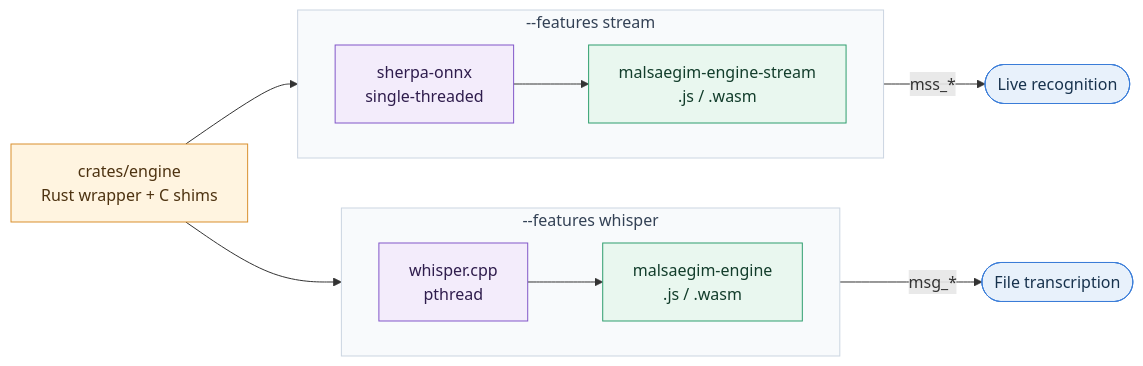
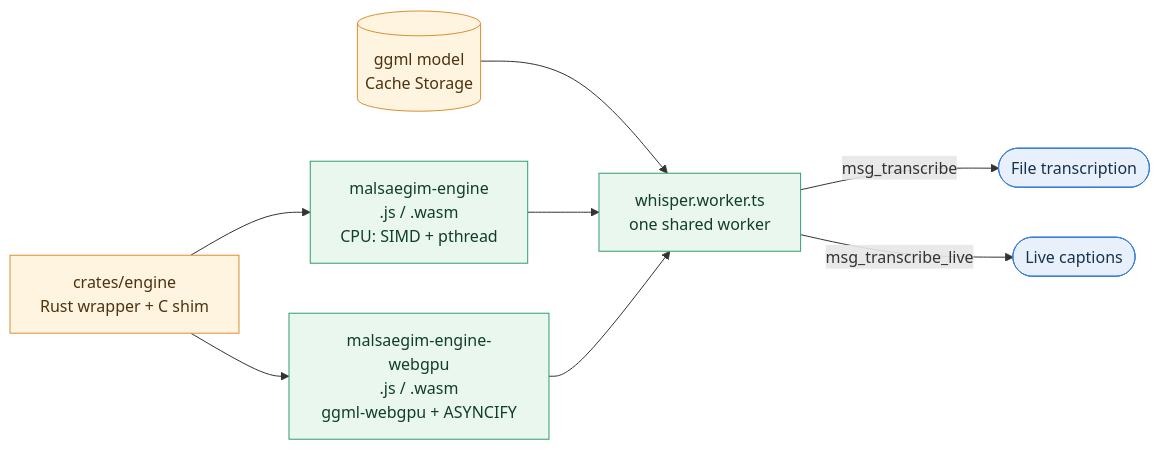
One commit to scorpion1201/malsaegim changed the diagram in docs/ENGINE.md. Above: the diagram before and after it, drawn with Mermaid. The commit also changed other lines of this file and 3 other files, not shown here.

First line of the commit message:
docs(engine): document Whisper turbo on-device engine

````diff
--- a/docs/ENGINE.md
+++ b/docs/ENGINE.md
@@ -9,30 +9,18 @@
 ```mermaid
 flowchart LR
-    Crate["crates/engine<br/>Rust wrapper + C shims"]
-
-    subgraph Whisper["--features whisper"]
-        direction LR
-        WhisperCpp["whisper.cpp<br/>pthread"] --> WhisperWasm["malsaegim-engine<br/>.js / .wasm"]
-    end
-
-    subgraph Stream["--features stream"]
-        direction LR
-        Sherpa["sherpa-onnx<br/>single-threaded"] --> StreamWasm["malsaegim-engine-stream<br/>.js / .wasm"]
-    end
-
-    Crate --> WhisperCpp
-    Crate --> Sherpa
-    WhisperWasm -- "msg_*" --> File(["File transcription"])
-    StreamWasm -- "mss_*" --> Live(["Live recognition"])
+    Crate["crates/engine<br/>Rust wrapper + C shim"]
+    Crate --> Cpu["malsaegim-engine<br/>.js / .wasm<br/>CPU: SIMD + pthread"]
+    Crate --> Gpu["malsaegim-engine-webgpu<br/>.js / .wasm<br/>ggml-webgpu + ASYNCIFY"]
+    Model[("ggml model<br/>Cache Storage")] --> Worker
+    Cpu --> Worker["whisper.worker.ts<br/>one shared worker"]
+    Gpu --> Worker
+    Worker -- "msg_transcribe" --> File(["File transcription"])
+    Worker -- "msg_transcribe_live" --> Live(["Live captions"])
 
     classDef source fill:#FFF4E0,stroke:#D9902F,color:#4D3210
-    classDef native fill:#F3ECFB,stroke:#8257C9,color:#2F1D4D
     classDef wasm fill:#E9F7EF,stroke:#2F9E6E,color:#123D2B
     classDef feature fill:#E8F1FB,stroke:#3B7DD8,color:#17324D
-    class Crate source
-    class WhisperCpp,Sherpa native
-    class WhisperWasm,StreamWasm wasm
+    class Crate,Model source
+    class Cpu,Gpu,Worker wasm
     class File,Live feature
-    style Whisper fill:#F8FAFC,stroke:#CBD5E1,color:#334155
-    style Stream fill:#F8FAFC,stroke:#CBD5E1,color:#334155
 ```
````
